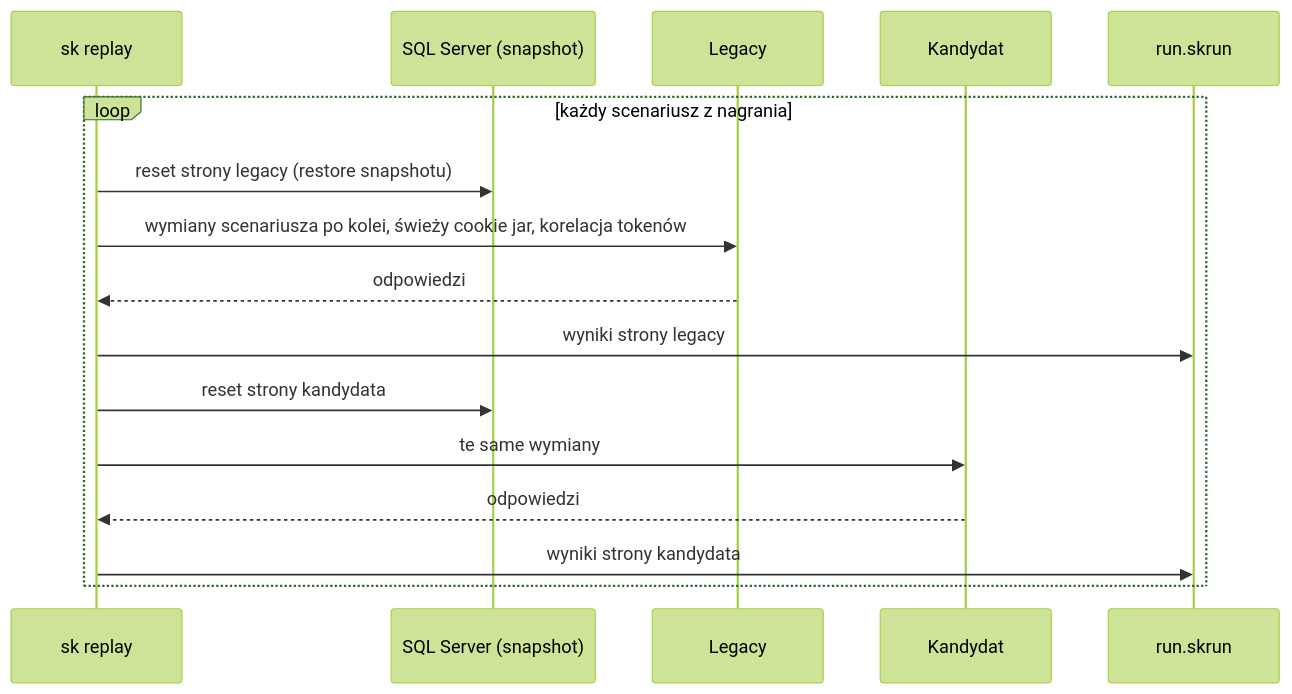
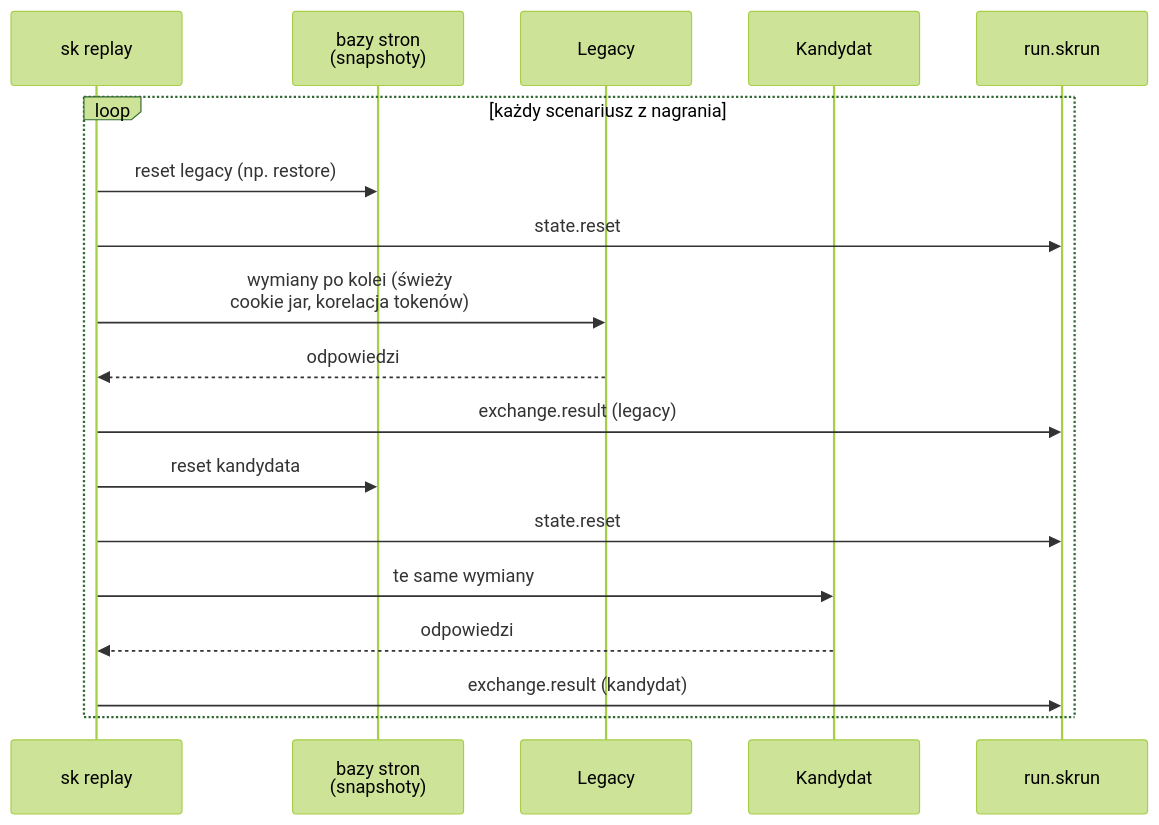
Before and after one commit to konradcinkusz/letsgolegacy.secondkey: the diagram in docs/diagrams/a4-sekwencja-replay.mmd, drawn with Mermaid (forest theme). The commit also changed 23 other files, not shown here.

First line of the commit message:
Framework documentation: every chapter, and diagrams sized for the page

```diff
--- a/docs/diagrams/a4-sekwencja-replay.mmd
+++ b/docs/diagrams/a4-sekwencja-replay.mmd
@@ -1,16 +1,18 @@
 sequenceDiagram
   participant R as sk replay
-  participant D as SQL Server (snapshot)
+  participant D as bazy stron<br/>(snapshoty)
   participant L as Legacy
   participant C as Kandydat
   participant F as run.skrun
   loop każdy scenariusz z nagrania
-    R->>D: reset strony legacy (restore snapshotu)
-    R->>L: wymiany scenariusza po kolei, świeży cookie jar, korelacja tokenów
+    R->>D: reset legacy (np. restore)
+    R->>F: state.reset
+    R->>L: wymiany po kolei (świeży<br/>cookie jar, korelacja tokenów)
     L-->>R: odpowiedzi
-    R->>F: wyniki strony legacy
-    R->>D: reset strony kandydata
+    R->>F: exchange.result (legacy)
+    R->>D: reset kandydata
+    R->>F: state.reset
     R->>C: te same wymiany
     C-->>R: odpowiedzi
-    R->>F: wyniki strony kandydata
+    R->>F: exchange.result (kandydat)
   end
```
